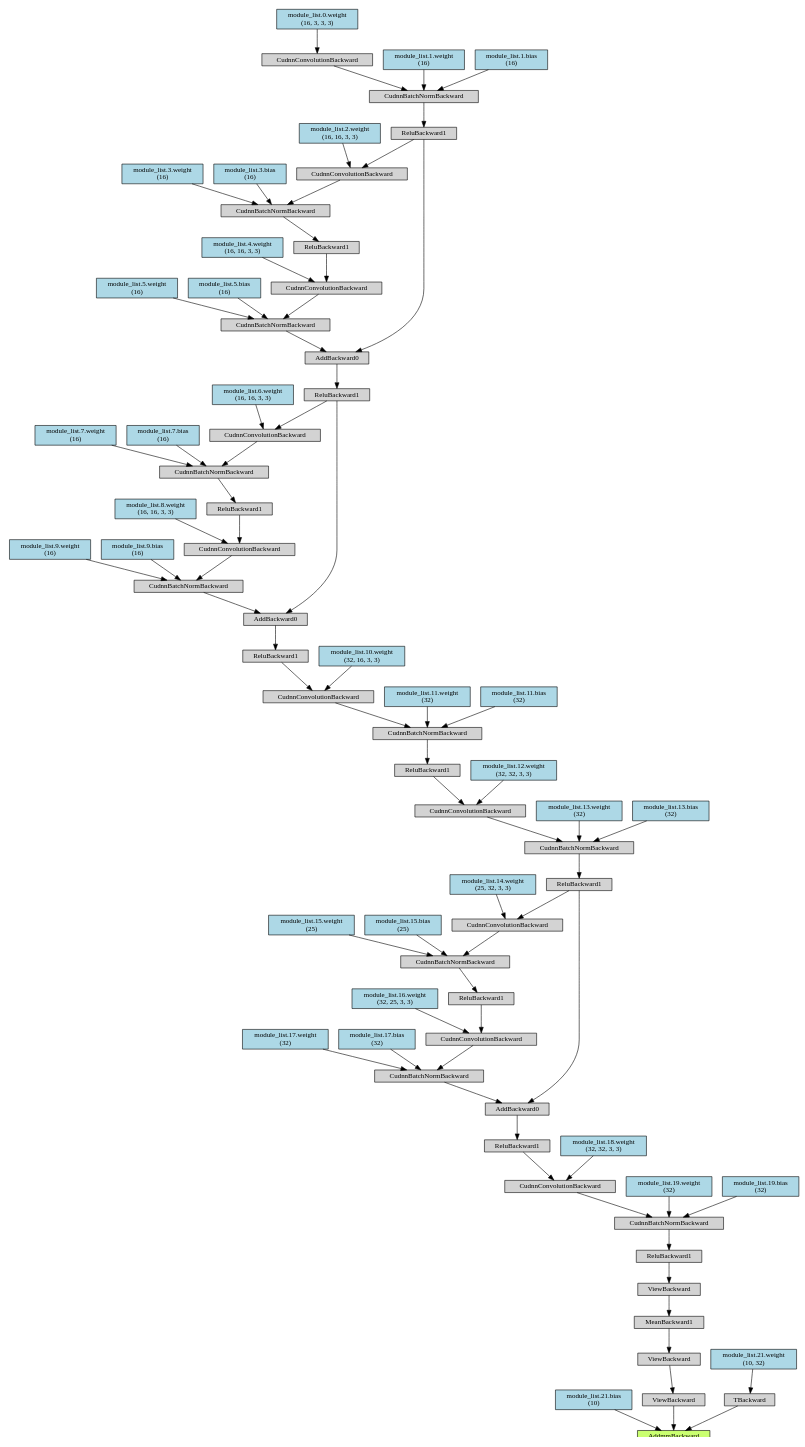
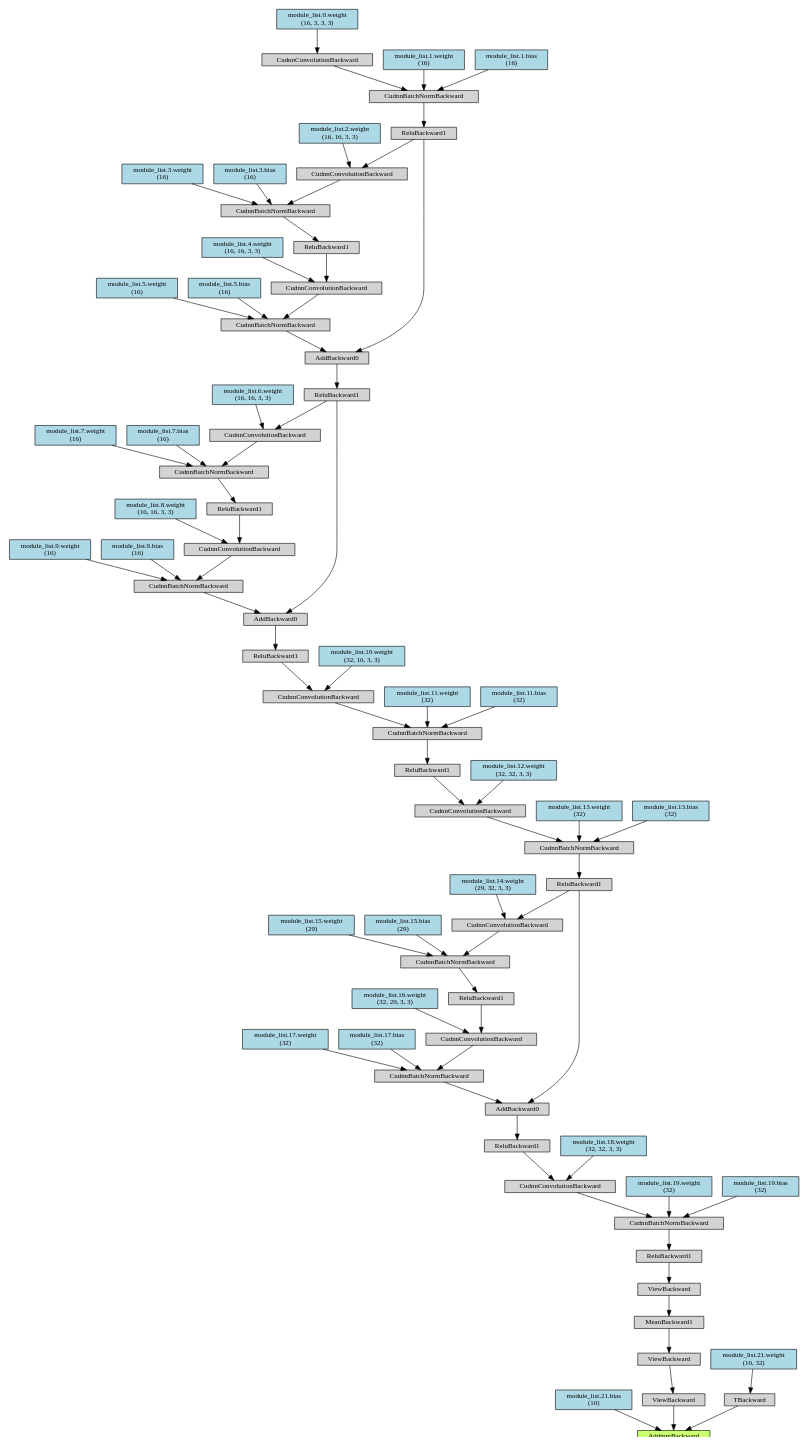
The diagram in PruneTrain5_0.dot (j3ssi/MA_Source), drawn with Graphviz before and after one commit. The commit also changed 50 other files, not shown here.

```diff
--- a/PruneTrain5_0.dot
+++ b/PruneTrain5_0.dot
@@ -1,180 +1,180 @@
 digraph {
 	graph [size="21.599999999999998,21.599999999999998"]
 	node [align=left fontsize=12 height=0.2 ranksep=0.1 shape=box style=filled]
-	140053783928672 [label=AddmmBackward fillcolor=darkolivegreen1]
-	140053783927048 -> 140053783928672
-	140053783927048 [label="module_list.21.bias
+	140474094334976 [label=AddmmBackward fillcolor=darkolivegreen1]
+	140474094334696 -> 140474094334976
+	140474094334696 [label="module_list.21.bias
  (10)" fillcolor=lightblue]
-	140053788789840 -> 140053783928672
-	140053788789840 [label=ViewBackward]
-	140053788790064 -> 140053788789840
-	140053788790064 [label=ViewBackward]
-	140053788788048 -> 140053788790064
-	140053788788048 [label=MeanBackward1]
-	140053788790736 -> 140053788788048
-	140053788790736 [label=ViewBackward]
-	140053788788328 -> 140053788790736
-	140053788788328 [label=ReluBackward1]
-	140053788790176 -> 140053788788328
-	140053788790176 [label=CudnnBatchNormBackward]
-	140053788788608 -> 140053788790176
-	140053788788608 [label=CudnnConvolutionBackward]
-	140053788789728 -> 140053788788608
-	140053788789728 [label=ReluBackward1]
-	140053788787040 -> 140053788789728
-	140053788787040 [label=AddBackward0]
-	140053788786872 -> 140053788787040
-	140053788786872 [label=ReluBackward1]
-	140053788788440 -> 140053788786872
-	140053788788440 [label=CudnnBatchNormBackward]
-	140053788790008 -> 140053788788440
-	140053788790008 [label=CudnnConvolutionBackward]
-	140053788789168 -> 140053788790008
-	140053788789168 [label=ReluBackward1]
-	140053784715840 -> 140053788789168
-	140053784715840 [label=CudnnBatchNormBackward]
-	140053784715560 -> 140053784715840
-	140053784715560 [label=CudnnConvolutionBackward]
-	140053784719256 -> 140053784715560
-	140053784719256 [label=ReluBackward1]
-	140053784719032 -> 140053784719256
-	140053784719032 [label=AddBackward0]
-	140053784719144 -> 140053784719032
-	140053784719144 [label=ReluBackward1]
-	140053784715336 -> 140053784719144
-	140053784715336 [label=AddBackward0]
-	140053783934848 -> 140053784715336
-	140053783934848 [label=ReluBackward1]
-	140053783934568 -> 140053783934848
-	140053783934568 [label=CudnnBatchNormBackward]
-	140053783934400 -> 140053783934568
-	140053783934400 [label=CudnnConvolutionBackward]
-	140053783934120 -> 140053783934400
-	140053783934120 [label="module_list.0.weight
+	140474094359104 -> 140474094334976
+	140474094359104 [label=ViewBackward]
+	140474093942824 -> 140474094359104
+	140474093942824 [label=ViewBackward]
+	140474093942880 -> 140474093942824
+	140474093942880 [label=MeanBackward1]
+	140474093942768 -> 140474093942880
+	140474093942768 [label=ViewBackward]
+	140474093942656 -> 140474093942768
+	140474093942656 [label=ReluBackward1]
+	140474093942544 -> 140474093942656
+	140474093942544 [label=CudnnBatchNormBackward]
+	140474093942320 -> 140474093942544
+	140474093942320 [label=CudnnConvolutionBackward]
+	140474093940976 -> 140474093942320
+	140474093940976 [label=ReluBackward1]
+	140474093942040 -> 140474093940976
+	140474093942040 [label=AddBackward0]
+	140474093941984 -> 140474093942040
+	140474093941984 [label=ReluBackward1]
+	140474093941536 -> 140474093941984
+	140474093941536 [label=CudnnBatchNormBackward]
+	140474093941256 -> 140474093941536
+	140474093941256 [label=CudnnConvolutionBackward]
+	140474093942936 -> 140474093941256
+	140474093942936 [label=ReluBackward1]
+	140474093943104 -> 140474093942936
+	140474093943104 [label=CudnnBatchNormBackward]
+	140474093943272 -> 140474093943104
+	140474093943272 [label=CudnnConvolutionBackward]
+	140474093943496 -> 140474093943272
+	140474093943496 [label=ReluBackward1]
+	140474093943664 -> 140474093943496
+	140474093943664 [label=AddBackward0]
+	140474093943832 -> 140474093943664
+	140474093943832 [label=ReluBackward1]
+	140474093944000 -> 140474093943832
+	140474093944000 [label=AddBackward0]
+	140474093944168 -> 140474093944000
+	140474093944168 [label=ReluBackward1]
+	140474093944336 -> 140474093944168
+	140474093944336 [label=CudnnBatchNormBackward]
+	140474093944504 -> 140474093944336
+	140474093944504 [label=CudnnConvolutionBackward]
+	140474093944728 -> 140474093944504
+	140474093944728 [label="module_list.0.weight
  (16, 3, 3, 3)" fillcolor=lightblue]
-	140053783934344 -> 140053783934568
-	140053783934344 [label="module_list.1.weight
+	140474093944560 -> 140474093944336
+	140474093944560 [label="module_list.1.weight
  (16)" fillcolor=lightblue]
-	140053783934288 -> 140053783934568
-	140053783934288 [label="module_list.1.bias
+	140474093944616 -> 140474093944336
+	140474093944616 [label="module_list.1.bias
  (16)" fillcolor=lightblue]
-	140053783934736 -> 140053784715336
-	140053783934736 [label=CudnnBatchNormBackward]
-	140053783934512 -> 140053783934736
-	140053783934512 [label=CudnnConvolutionBackward]
-	140053783934008 -> 140053783934512
-	140053783934008 [label=ReluBackward1]
-	140053783933784 -> 140053783934008
-	140053783933784 [label=CudnnBatchNormBackward]
-	140053783933672 -> 140053783933784
-	140053783933672 [label=CudnnConvolutionBackward]
-	140053783934848 -> 140053783933672
-	140053783933392 -> 140053783933672
-	140053783933392 [label="module_list.2.weight
+	140474093944224 -> 140474093944000
+	140474093944224 [label=CudnnBatchNormBackward]
+	140474093944392 -> 140474093944224
+	140474093944392 [label=CudnnConvolutionBackward]
+	140473264648320 -> 140474093944392
+	140473264648320 [label=ReluBackward1]
+	140473264648488 -> 140473264648320
+	140473264648488 [label=CudnnBatchNormBackward]
+	140473264648600 -> 140473264648488
+	140473264648600 [label=CudnnConvolutionBackward]
+	140474093944168 -> 140473264648600
+	140473264648824 -> 140473264648600
+	140473264648824 [label="module_list.2.weight
  (16, 16, 3, 3)" fillcolor=lightblue]
-	140053783933616 -> 140053783933784
-	140053783933616 [label="module_list.3.weight
+	140473264648656 -> 140473264648488
+	140473264648656 [label="module_list.3.weight
  (16)" fillcolor=lightblue]
-	140053783933504 -> 140053783933784
-	140053783933504 [label="module_list.3.bias
+	140473264648712 -> 140473264648488
+	140473264648712 [label="module_list.3.bias
  (16)" fillcolor=lightblue]
-	140053783933896 -> 140053783934512
-	140053783933896 [label="module_list.4.weight
+	140473264648376 -> 140474093944392
+	140473264648376 [label="module_list.4.weight
  (16, 16, 3, 3)" fillcolor=lightblue]
-	140053783934176 -> 140053783934736
-	140053783934176 [label="module_list.5.weight
+	140474093944672 -> 140474093944224
+	140474093944672 [label="module_list.5.weight
  (16)" fillcolor=lightblue]
-	140053783934064 -> 140053783934736
-	140053783934064 [label="module_list.5.bias
+	140474093944784 -> 140474093944224
+	140474093944784 [label="module_list.5.bias
  (16)" fillcolor=lightblue]
-	140053784719088 -> 140053784719032
-	140053784719088 [label=CudnnBatchNormBackward]
-	140053783934960 -> 140053784719088
-	140053783934960 [label=CudnnConvolutionBackward]
-	140053783933448 -> 140053783934960
-	140053783933448 [label=ReluBackward1]
-	140053783934232 -> 140053783933448
-	140053783934232 [label=CudnnBatchNormBackward]
-	140053783933112 -> 140053783934232
-	140053783933112 [label=CudnnConvolutionBackward]
-	140053784719144 -> 140053783933112
-	140053783935016 -> 140053783933112
-	140053783935016 [label="module_list.6.weight
+	140474093943888 -> 140474093943664
+	140474093943888 [label=CudnnBatchNormBackward]
+	140474093944056 -> 140474093943888
+	140474093944056 [label=CudnnConvolutionBackward]
+	140473264648768 -> 140474093944056
+	140473264648768 [label=ReluBackward1]
+	140473264648992 -> 140473264648768
+	140473264648992 [label=CudnnBatchNormBackward]
+	140473264648936 -> 140473264648992
+	140473264648936 [label=CudnnConvolutionBackward]
+	140474093943832 -> 140473264648936
+	140473264649272 -> 140473264648936
+	140473264649272 [label="module_list.6.weight
  (16, 16, 3, 3)" fillcolor=lightblue]
-	140053783934904 -> 140053783934232
-	140053783934904 [label="module_list.7.weight
+	140473264649104 -> 140473264648992
+	140473264649104 [label="module_list.7.weight
  (16)" fillcolor=lightblue]
-	140053783933560 -> 140053783934232
-	140053783933560 [label="module_list.7.bias
+	140473264649160 -> 140473264648992
+	140473264649160 [label="module_list.7.bias
  (16)" fillcolor=lightblue]
-	140053783933336 -> 140053783934960
-	140053783933336 [label="module_list.8.weight
+	140473264648880 -> 140474093944056
+	140473264648880 [label="module_list.8.weight
  (16, 16, 3, 3)" fillcolor=lightblue]
-	140053783934680 -> 140053784719088
-	140053783934680 [label="module_list.9.weight
+	140474093944280 -> 140474093943888
+	140474093944280 [label="module_list.9.weight
  (16)" fillcolor=lightblue]
-	140053783933952 -> 140053784719088
-	140053783933952 [label="module_list.9.bias
+	140473264648264 -> 140474093943888
+	140473264648264 [label="module_list.9.bias
  (16)" fillcolor=lightblue]
-	140053784718920 -> 140053784715560
-	140053784718920 [label="module_list.10.weight
+	140474093943552 -> 140474093943272
+	140474093943552 [label="module_list.10.weight
  (32, 16, 3, 3)" fillcolor=lightblue]
-	140053784718640 -> 140053784715840
-	140053784718640 [label="module_list.11.weight
+	140474093943328 -> 140474093943104
+	140474093943328 [label="module_list.11.weight
  (32)" fillcolor=lightblue]
-	140053784715616 -> 140053784715840
-	140053784715616 [label="module_list.11.bias
+	140474093943384 -> 140474093943104
+	140474093943384 [label="module_list.11.bias
  (32)" fillcolor=lightblue]
-	140053788789896 -> 140053788790008
-	140053788789896 [label="module_list.12.weight
+	140474093942992 -> 140474093941256
+	140474093942992 [label="module_list.12.weight
  (32, 32, 3, 3)" fillcolor=lightblue]
-	140053788787208 -> 140053788788440
-	140053788787208 [label="module_list.13.weight
+	140474093941312 -> 140474093941536
+	140474093941312 [label="module_list.13.weight
  (32)" fillcolor=lightblue]
-	140053788787096 -> 140053788788440
-	140053788787096 [label="module_list.13.bias
+	140474093940920 -> 140474093941536
+	140474093940920 [label="module_list.13.bias
  (32)" fillcolor=lightblue]
-	140053788788104 -> 140053788787040
-	140053788788104 [label=CudnnBatchNormBackward]
-	140053788789000 -> 140053788788104
-	140053788789000 [label=CudnnConvolutionBackward]
-	140053784718808 -> 140053788789000
-	140053784718808 [label=ReluBackward1]
-	140053784719312 -> 140053784718808
-	140053784719312 [label=CudnnBatchNormBackward]
-	140053783933728 -> 140053784719312
-	140053783933728 [label=CudnnConvolutionBackward]
-	140053788786872 -> 140053783933728
-	140053783935184 -> 140053783933728
-	140053783935184 [label="module_list.14.weight
- (25, 32, 3, 3)" fillcolor=lightblue]
-	140053783933168 -> 140053784719312
-	140053783933168 [label="module_list.15.weight
- (25)" fillcolor=lightblue]
-	140053783935072 -> 140053784719312
-	140053783935072 [label="module_list.15.bias
- (25)" fillcolor=lightblue]
-	140053784719200 -> 140053788789000
-	140053784719200 [label="module_list.16.weight
- (32, 25, 3, 3)" fillcolor=lightblue]
-	140053788789336 -> 140053788788104
-	140053788789336 [label="module_list.17.weight
+	140474093941144 -> 140474093942040
+	140474093941144 [label=CudnnBatchNormBackward]
+	140474093941424 -> 140474093941144
+	140474093941424 [label=CudnnConvolutionBackward]
+	140474093943608 -> 140474093941424
+	140474093943608 [label=ReluBackward1]
+	140474093943720 -> 140474093943608
+	140474093943720 [label=CudnnBatchNormBackward]
+	140473264648544 -> 140474093943720
+	140473264648544 [label=CudnnConvolutionBackward]
+	140474093941984 -> 140473264648544
+	140473264649440 -> 140473264648544
+	140473264649440 [label="module_list.14.weight
+ (29, 32, 3, 3)" fillcolor=lightblue]
+	140473264649216 -> 140474093943720
+	140473264649216 [label="module_list.15.weight
+ (29)" fillcolor=lightblue]
+	140473264649328 -> 140474093943720
+	140473264649328 [label="module_list.15.bias
+ (29)" fillcolor=lightblue]
+	140474093943160 -> 140474093941424
+	140474093943160 [label="module_list.16.weight
+ (32, 29, 3, 3)" fillcolor=lightblue]
+	140474093941032 -> 140474093941144
+	140474093941032 [label="module_list.17.weight
  (32)" fillcolor=lightblue]
-	140053784716120 -> 140053788788104
-	140053784716120 [label="module_list.17.bias
+	140474093943048 -> 140474093941144
+	140474093943048 [label="module_list.17.bias
  (32)" fillcolor=lightblue]
-	140053788788552 -> 140053788788608
-	140053788788552 [label="module_list.18.weight
+	140474093941368 -> 140474093942320
+	140474093941368 [label="module_list.18.weight
  (32, 32, 3, 3)" fillcolor=lightblue]
-	140053788786816 -> 140053788790176
-	140053788786816 [label="module_list.19.weight
+	140474093942264 -> 140474093942544
+	140474093942264 [label="module_list.19.weight
  (32)" fillcolor=lightblue]
-	140053788786760 -> 140053788790176
-	140053788786760 [label="module_list.19.bias
+	140474093941704 -> 140474093942544
+	140474093941704 [label="module_list.19.bias
  (32)" fillcolor=lightblue]
-	140053788787992 -> 140053783928672
-	140053788787992 [label=TBackward]
-	140053788788888 -> 140053788787992
-	140053788788888 [label="module_list.21.weight
+	140474094362240 -> 140474094334976
+	140474094362240 [label=TBackward]
+	140474093942152 -> 140474094362240
+	140474093942152 [label="module_list.21.weight
  (10, 32)" fillcolor=lightblue]
 }
```
